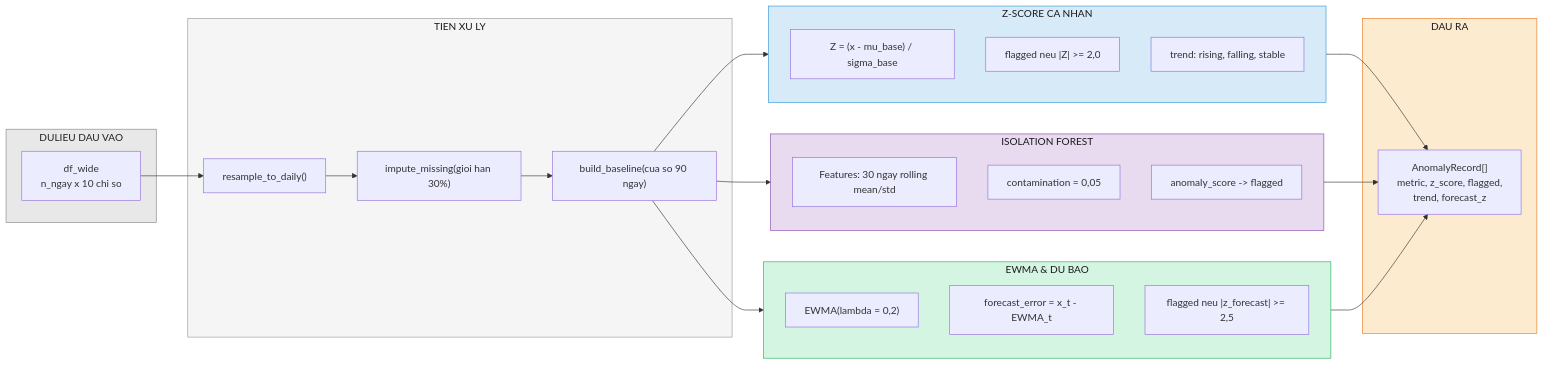
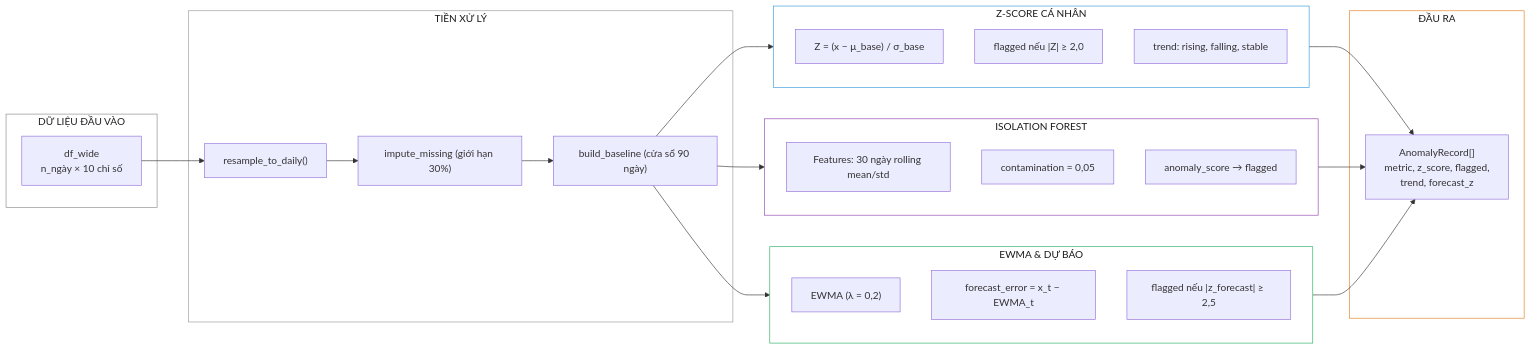
One commit to dotlinux26/health-risk-early-warning changed the diagram in docs/figures/fig8_tier1_detail.mmd. Above: the diagram before and after it, drawn with Mermaid. The commit also changed 8 other files, not shown here.

Commit message:
fig7-10: đổi sang mermaid block, tiếng Việt đủ dấu, bỏ nền; xóa plot matplotlib

```diff
--- a/docs/figures/fig8_tier1_detail.mmd
+++ b/docs/figures/fig8_tier1_detail.mmd
@@ -1,52 +1,49 @@
 flowchart LR
-    subgraph RAW["DULIEU DAU VAO"]
-        D1["df_wide
-n_ngay x 10 chi so"]
+    subgraph RAW["DỮ LIỆU ĐẦU VÀO"]
+        D1["df_wide<br/>n_ngày × 10 chỉ số"]
     end
 
-    subgraph PRE["TIEN XU LY"]
+    subgraph PRE["TIỀN XỬ LÝ"]
         P1["resample_to_daily()"]
-        P2["impute_missing(gioi han 30%)"]
-        P3["build_baseline(cua so 90 ngay)"]
+        P2["impute_missing (giới hạn 30%)"]
+        P3["build_baseline (cửa sổ 90 ngày)"]
     end
 
-    subgraph ZS["Z-SCORE CA NHAN"]
-        Z1["Z = (x - mu_base) / sigma_base"]
-        Z2["flagged neu |Z| >= 2,0"]
+    subgraph ZS["Z-SCORE CÁ NHÂN"]
+        Z1["Z = (x − μ_base) / σ_base"]
+        Z2["flagged nếu |Z| ≥ 2,0"]
         Z3["trend: rising, falling, stable"]
     end
 
     subgraph IF["ISOLATION FOREST"]
-        I1["Features: 30 ngay rolling mean/std"]
+        I1["Features: 30 ngày rolling mean/std"]
         I2["contamination = 0,05"]
-        I3["anomaly_score -> flagged"]
+        I3["anomaly_score → flagged"]
     end
 
-    subgraph EW["EWMA & DU BAO"]
-        E1["EWMA(lambda = 0,2)"]
-        E2["forecast_error = x_t - EWMA_t"]
-        E3["flagged neu |z_forecast| >= 2,5"]
+    subgraph EW["EWMA & DỰ BÁO"]
+        E1["EWMA (λ = 0,2)"]
+        E2["forecast_error = x_t − EWMA_t"]
+        E3["flagged nếu |z_forecast| ≥ 2,5"]
     end
 
-    subgraph OUT["DAU RA"]
-        O1["AnomalyRecord[]
-metric, z_score, flagged,
-trend, forecast_z"]
+    subgraph OUT["ĐẦU RA"]
+        O1["AnomalyRecord[]<br/>metric, z_score, flagged,<br/>trend, forecast_z"]
     end
 
     D1 --> P1
     P1 --> P2
     P2 --> P3
     P3 --> ZS
     P3 --> IF
     P3 --> EW
     ZS --> O1
     IF --> O1
     EW --> O1
 
-    style RAW fill:#e8e8e8,stroke:#888888,color:#222222
-    style PRE fill:#f5f5f5,stroke:#999999,color:#1a1a1a
-    style ZS fill:#d6eaf8,stroke:#3498db,color:#1a1a1a
-    style IF fill:#e8daef,stroke:#8e44ad,color:#1a1a1a
-    style EW fill:#d5f5e3,stroke:#27ae60,color:#1a1a1a
-    style OUT fill:#fdebd0,stroke:#e67e22,color:#1a1a1a
+    style RAW fill:#ffffff,stroke:#888888,color:#222222
+    style PRE fill:#ffffff,stroke:#999999,color:#1a1a1a
+    style ZS fill:#ffffff,stroke:#3498db,color:#1a1a1a
+    style IF fill:#ffffff,stroke:#8e44ad,color:#1a1a1a
+    style EW fill:#ffffff,stroke:#27ae60,color:#1a1a1a
+    style OUT fill:#ffffff,stroke:#e67e22,color:#1a1a1a
```
